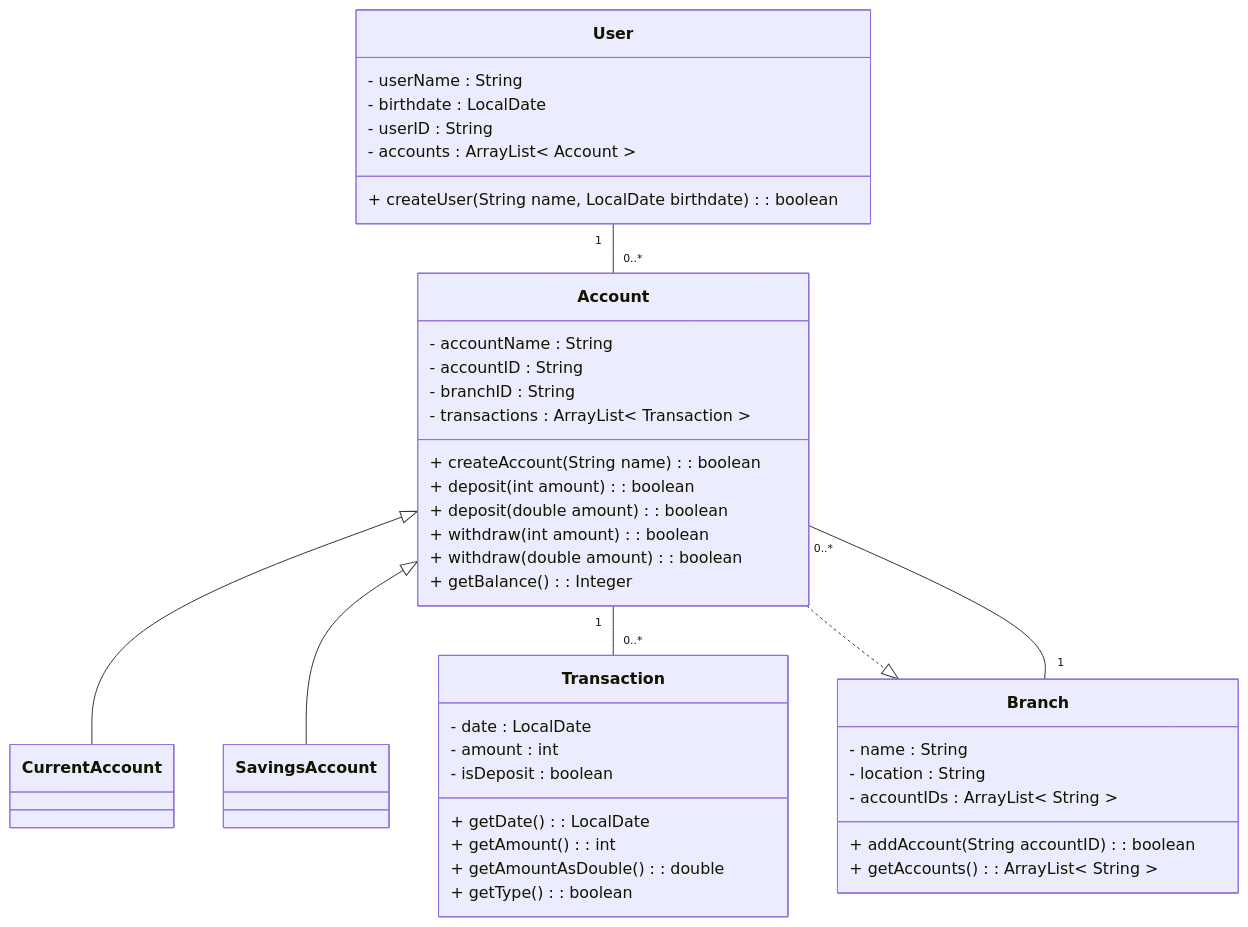
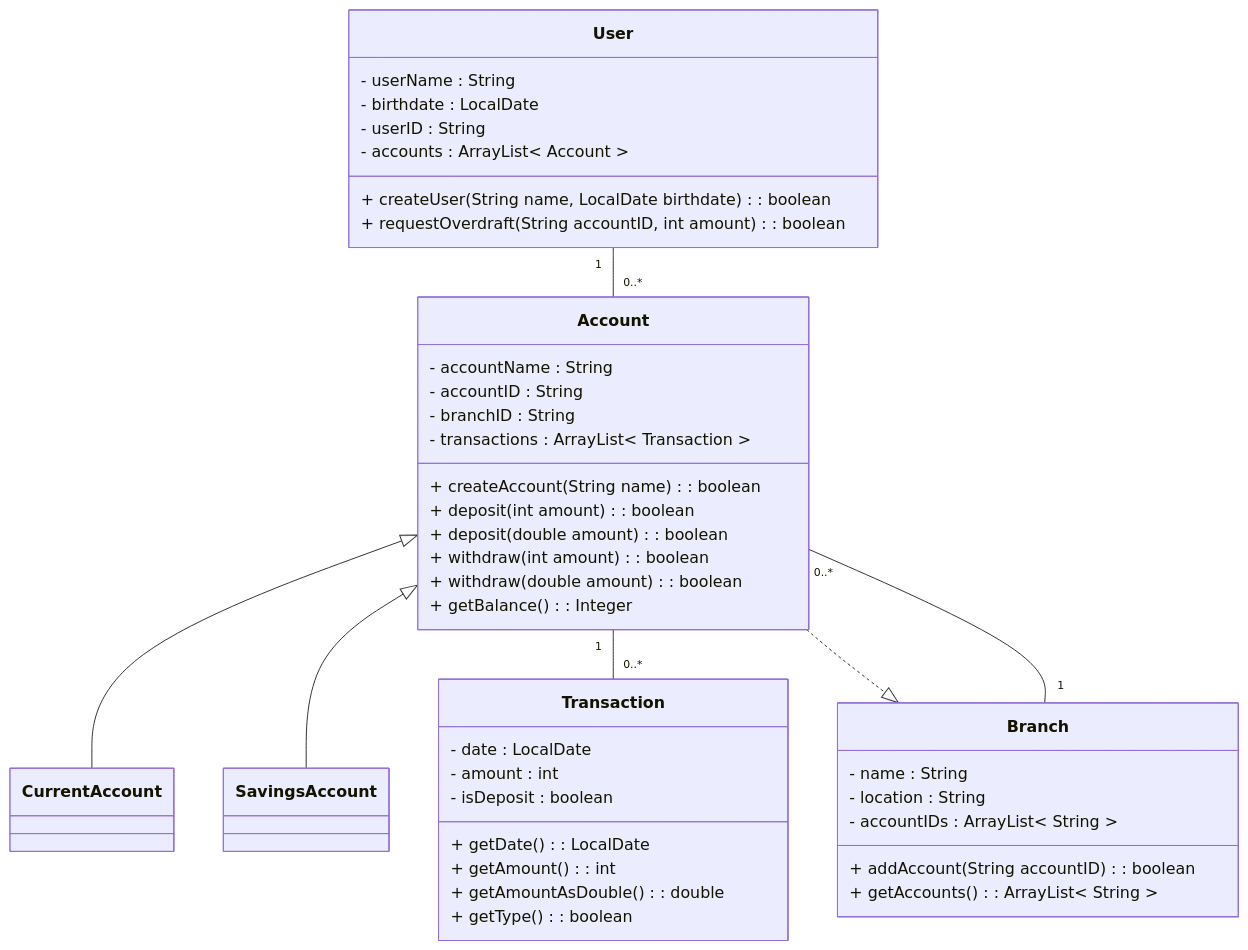
The diagram in class-diagram.md (boolean-uk/java-tdd-oop-bank-challenge), drawn with Mermaid before and after one commit. The commit also changed 2 other files, not shown here.

Commit message:
Extension 3 class diagram

`````diff
--- a/class-diagram.md
+++ b/class-diagram.md
@@ -1,51 +1,52 @@
 ````mermaid
 classDiagram
     class User{
         - userName : String
         - birthdate : LocalDate
         - userID : String
         - accounts : ArrayList< Account >
         + createUser(String name, LocalDate birthdate) : boolean
+        + requestOverdraft(String accountID, int amount) : boolean
     }
     class Account{
         - accountName : String
         - accountID : String
         - branchID : String
         - transactions : ArrayList< Transaction >
         + createAccount(String name) : boolean
         + deposit(int amount) : boolean
         + deposit(double amount) : boolean
         + withdraw(int amount) : boolean
         + withdraw(double amount) : boolean
         + getBalance() : Integer
     }
     class CurrentAccount{
         
     }
     class SavingsAccount{
         
     }
     class Transaction{
         - date : LocalDate
         - amount : int
         - isDeposit : boolean
         + getDate() : LocalDate
         + getAmount() : int
         + getAmountAsDouble() : double
         + getType() : boolean
     }
     class Branch{
         - name : String
         - location : String
         - accountIDs : ArrayList< String >
         + addAccount(String accountID) : boolean
         + getAccounts() : ArrayList< String >
     }
     
     Account <|-- CurrentAccount
     Account <|-- SavingsAccount
     Account "1"--"0..*" Transaction 
     User "1" -- "0..*" Account
     Branch "1" -- "0..*" Account
     Account ..|> Branch
 ````
`````
